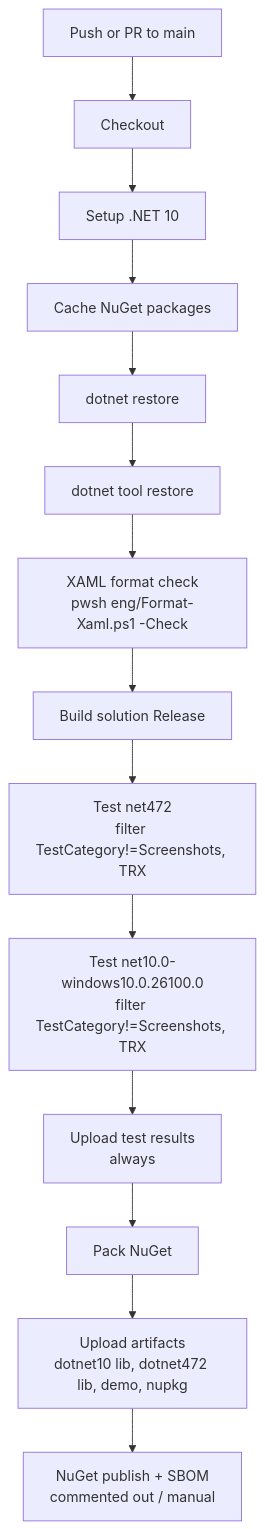
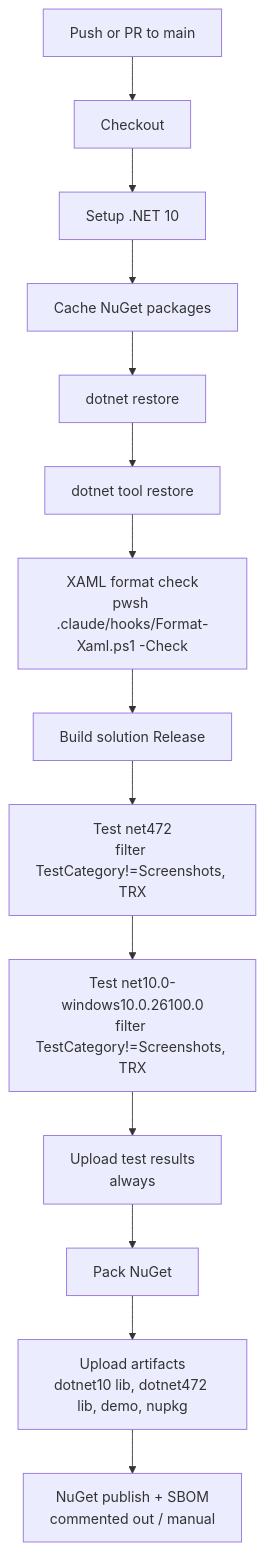
Before and after one commit to sintaxasn/Fluence.Wpf: the diagram in AGENTS.md, drawn with Mermaid. The commit also changed other lines of this file and 89 other files, not shown here.

````diff
--- a/AGENTS.md
+++ b/AGENTS.md
@@ -298,16 +298,16 @@
 ```mermaid
 flowchart TD
     A[Push or PR to main] --> B[Checkout]
     B --> C[Setup .NET 10]
     C --> D[Cache NuGet packages]
     D --> E[dotnet restore]
     E --> F[dotnet tool restore]
-    F --> G[XAML format check<br/>pwsh eng/Format-Xaml.ps1 -Check]
+    F --> G[XAML format check<br/>pwsh .claude/hooks/Format-Xaml.ps1 -Check]
     G --> H[Build solution Release]
     H --> I[Test net472<br/>filter TestCategory!=Screenshots, TRX]
     I --> J[Test net10.0-windows10.0.26100.0<br/>filter TestCategory!=Screenshots, TRX]
     J --> K[Upload test results<br/>always]
     K --> L[Pack NuGet]
     L --> M[Upload artifacts<br/>dotnet10 lib, dotnet472 lib, demo, nupkg]
     M --> N[NuGet publish + SBOM<br/>commented out / manual]
 ```
````
